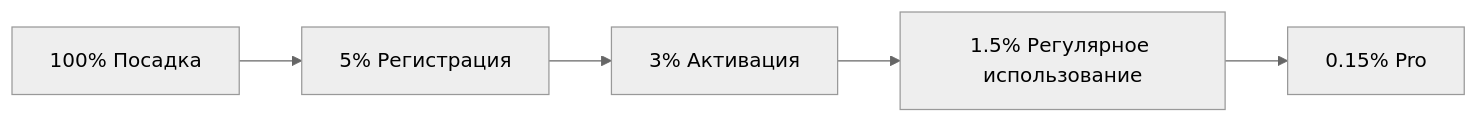
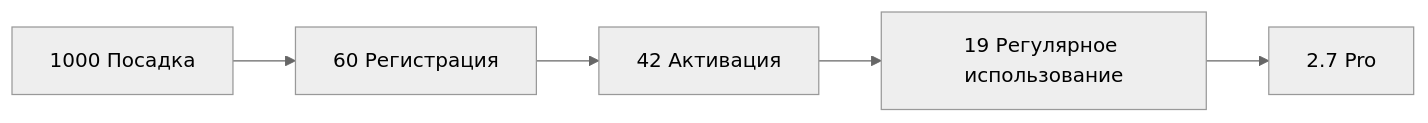
The diagram in CJM.md (ShinPak2/ferso-tender-search), drawn with Mermaid (neutral theme) before and after one commit. The commit also changed other lines of this file and 1 other file, not shown here.

````diff
--- a/CJM.md
+++ b/CJM.md
@@ -130,7 +204,7 @@
 ```mermaid
 graph LR
-    A[100% Посадка] --> B[5% Регистрация]
-    B --> C[3% Активация]
-    C --> D[1.5% Регулярное использование]
-    D --> E[0.15% Pro]
+    A[1000 Посадка] --> B[60 Регистрация]
+    B --> C[42 Активация]
+    C --> D[19 Регулярное использование]
+    D --> E[2.7 Pro]
 ```
````
